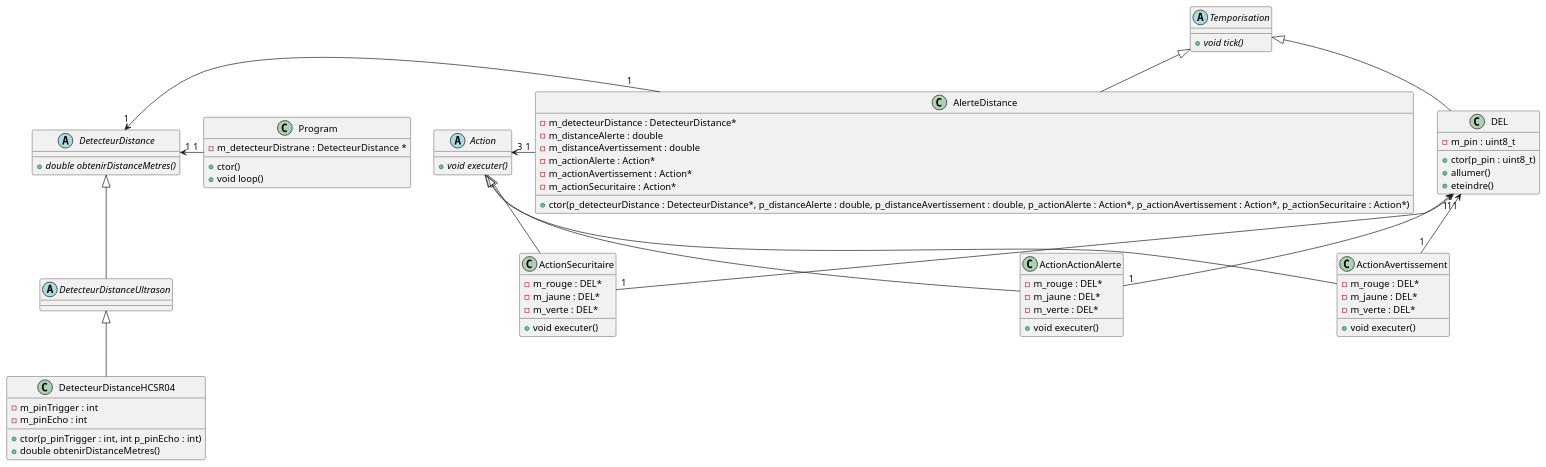
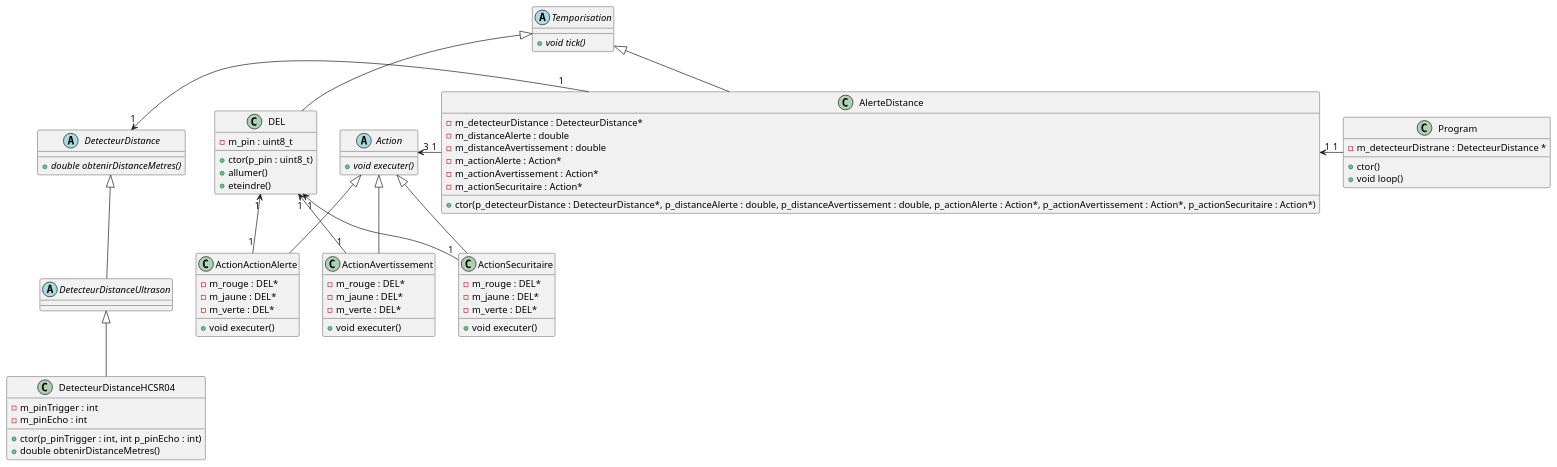
Before and after one commit to PiFou86/420-W48-SF: the diagram in Module05_ProgrammationEntreesAnalogiques_1_2/diag/diagramme_classes.wsd, drawn with PlantUML. The commit also changed 1 other file, not shown here.

Commit message:
Correction lien diagramme

```diff
--- a/Module05_ProgrammationEntreesAnalogiques_1_2/diag/diagramme_classes.wsd
+++ b/Module05_ProgrammationEntreesAnalogiques_1_2/diag/diagramme_classes.wsd
@@ -1,93 +1,93 @@
 @startuml dc_DetecteurDistance
 skinparam maxMessageSize 50
 
 abstract class Temporisation {
     + void tick() {abstract}
 }
 
 class Program {
     - m_detecteurDistrane : DetecteurDistance *
     + ctor()
     + void loop()
 }
 
 abstract class DetecteurDistance {
     + double obtenirDistanceMetres() {abstract}
 }
 
 abstract class DetecteurDistanceUltrason {
     
 }
 
 class DetecteurDistanceHCSR04 {
     - m_pinTrigger : int
     - m_pinEcho : int
 
     + ctor(p_pinTrigger : int, int p_pinEcho : int)
     + double obtenirDistanceMetres()
 }
 
 abstract class Action {
     + void executer() {abstract}
 }
 
 class ActionActionAlerte {
     - m_rouge : DEL*
     - m_jaune : DEL*
     - m_verte : DEL*
     + void executer()
 }
 
 class ActionAvertissement {
     - m_rouge : DEL*
     - m_jaune : DEL*
     - m_verte : DEL*
     + void executer()
 
 }
 
 class ActionSecuritaire {
     - m_rouge : DEL*
     - m_jaune : DEL*
     - m_verte : DEL*
     + void executer()
 }
 
 DetecteurDistance <|-- DetecteurDistanceUltrason
 DetecteurDistanceUltrason <|-- DetecteurDistanceHCSR04
 
 Action <|-- ActionActionAlerte
 Action <|-- ActionAvertissement
 Action <|-- ActionSecuritaire
 
 class DEL {
     - m_pin : uint8_t
     + ctor(p_pin : uint8_t)
     + allumer()
     + eteindre()
 }
 
 DEL "1" <-- "1" ActionActionAlerte
 DEL "1" <-- "1" ActionAvertissement
 DEL "1" <-- "1" ActionSecuritaire
 
 
-Program "1" -right-> "1" DetecteurDistance
+Program "1" -left-> "1" AlerteDistance
 
 class AlerteDistance {
     - m_detecteurDistance : DetecteurDistance*
     - m_distanceAlerte : double
     - m_distanceAvertissement : double
     - m_actionAlerte : Action*
     - m_actionAvertissement : Action*
     - m_actionSecuritaire : Action*
     + ctor(p_detecteurDistance : DetecteurDistance*, p_distanceAlerte : double, p_distanceAvertissement : double, p_actionAlerte : Action*, p_actionAvertissement : Action*, p_actionSecuritaire : Action*)
 }
 
 Temporisation <|-- AlerteDistance
 Temporisation <|-- DEL
 
 AlerteDistance "1" -left-> "1" DetecteurDistance
 AlerteDistance "1" -right-> "3" Action
 
 @enduml
```
